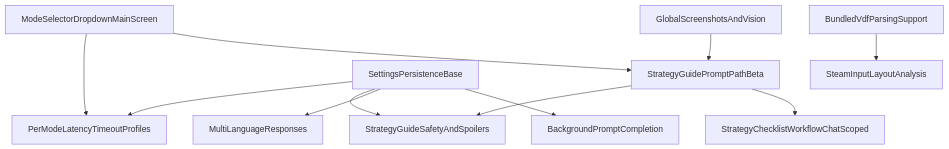
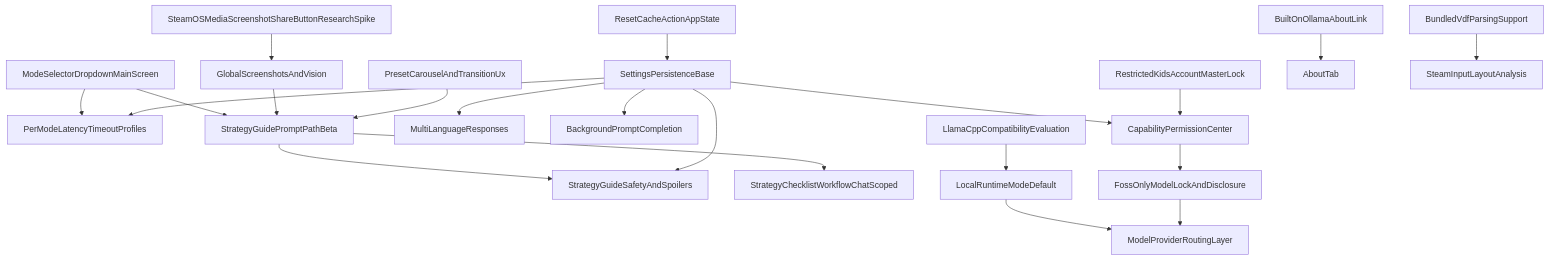
The diagram in FUTURE_FEATURES.md (qd313/bonsAI), drawn with Mermaid before and after one commit. The commit also changed other lines of this file and 6 other files, not shown here.

First line of the commit message:
feat: refine local AI flow and docs

````diff
--- a/FUTURE_FEATURES.md
+++ b/FUTURE_FEATURES.md
@@ -171,13 +270,23 @@
 ```mermaid
 flowchart TD
   modeSelector[ModeSelectorDropdownMainScreen] --> perModeProfiles[PerModeLatencyTimeoutProfiles]
   modeSelector --> strategyPath[StrategyGuidePromptPathBeta]
   strategyPath --> strategySafety[StrategyGuideSafetyAndSpoilers]
   strategyPath --> strategyChecklist[StrategyChecklistWorkflowChatScoped]
   visionFeature[GlobalScreenshotsAndVision] --> strategyPath
+  mediaShareButton[SteamOSMediaScreenshotShareButtonResearchSpike] --> visionFeature
+  resetCacheAction[ResetCacheActionAppState] --> settingsBase
+  presetCarousel[PresetCarouselAndTransitionUx] --> strategyPath
   settingsBase[SettingsPersistenceBase] --> perModeProfiles
   settingsBase --> strategySafety
   settingsBase --> multiLanguage[MultiLanguageResponses]
   settingsBase --> backgroundCompletion[BackgroundPromptCompletion]
+  settingsBase --> capabilityPermission[CapabilityPermissionCenter]
+  capabilityPermission --> fossLock[FossOnlyModelLockAndDisclosure]
+  kidsLock[RestrictedKidsAccountMasterLock] --> capabilityPermission
+  llamaEval[LlamaCppCompatibilityEvaluation] --> localRuntime[LocalRuntimeModeDefault]
+  localRuntime --> modelRouting[ModelProviderRoutingLayer]
+  fossLock --> modelRouting
+  builtOnOllama[BuiltOnOllamaAboutLink] --> aboutTab[AboutTab]
   vdfSupport[BundledVdfParsingSupport] --> steamInput[SteamInputLayoutAnalysis]
 ```
````
